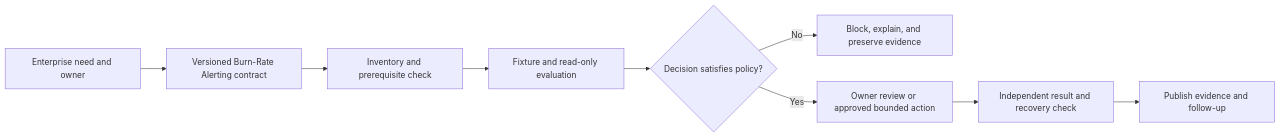
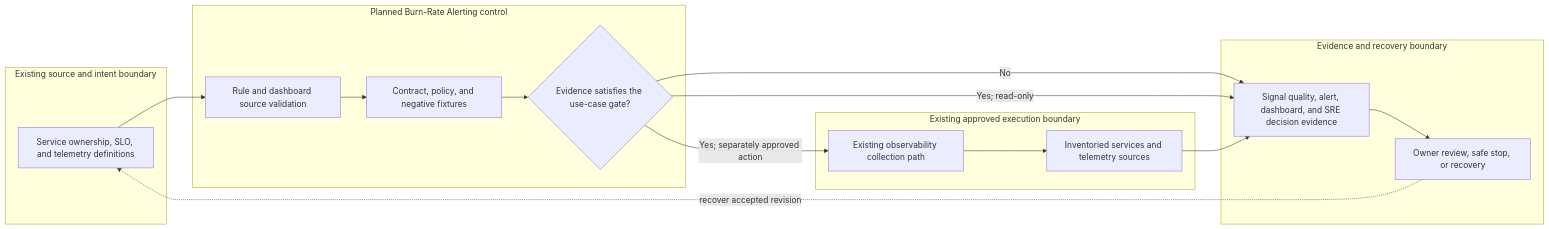
The diagram in docs/use-cases/observability/UC-OBS-016-burn-rate-alerting.md (MIDHTECH/enterprise-architecture-docs), drawn with Mermaid before and after one commit. The commit also changed other lines of this file and 227 other files, not shown here.

Commit message:
Deepen architecture for all use case designs

````diff
--- a/docs/use-cases/observability/UC-OBS-016-burn-rate-alerting.md
+++ b/docs/use-cases/observability/UC-OBS-016-burn-rate-alerting.md
@@ -136,11 +129,25 @@
 ```mermaid
 flowchart LR
-    Need["Enterprise need and owner"] --> Contract["Versioned Burn-Rate Alerting contract"]
-    Contract --> Preflight["Inventory and prerequisite check"]
-    Preflight --> Evaluate["Fixture and read-only evaluation"]
-    Evaluate --> Decision{"Decision satisfies policy?"}
-    Decision -->|No| Stop["Block, explain, and preserve evidence"]
-    Decision -->|Yes| Review["Owner review or approved bounded action"]
-    Review --> Verify["Independent result and recovery check"]
-    Verify --> Publish["Publish evidence and follow-up"]
+    subgraph Source["Existing source and intent boundary"]
+        A["Service ownership, SLO, and telemetry definitions"]
+    end
+    subgraph Planned["Planned Burn-Rate Alerting control"]
+        B["Rule and dashboard source validation"]
+        C["Contract, policy, and negative fixtures"]
+        D{"Evidence satisfies the use-case gate?"}
+    end
+    subgraph Runtime["Existing approved execution boundary"]
+        E["Existing observability collection path"]
+        F["Inventoried services and telemetry sources"]
+    end
+    subgraph Assurance["Evidence and recovery boundary"]
+        G["Signal quality, alert, dashboard, and SRE decision evidence"]
+        H["Owner review, safe stop, or recovery"]
+    end
+
+    A --> B --> C --> D
+    D -->|No| G --> H
+    D -->|Yes; read-only| G
+    D -->|Yes; separately approved action| E --> F --> G
+    H -. recover accepted revision .-> A
 ```
````
